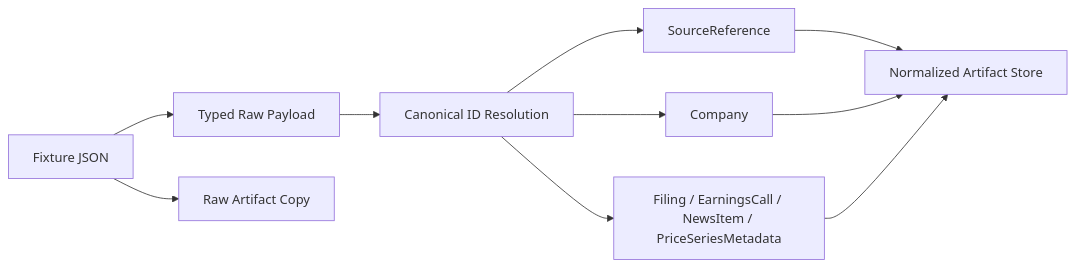
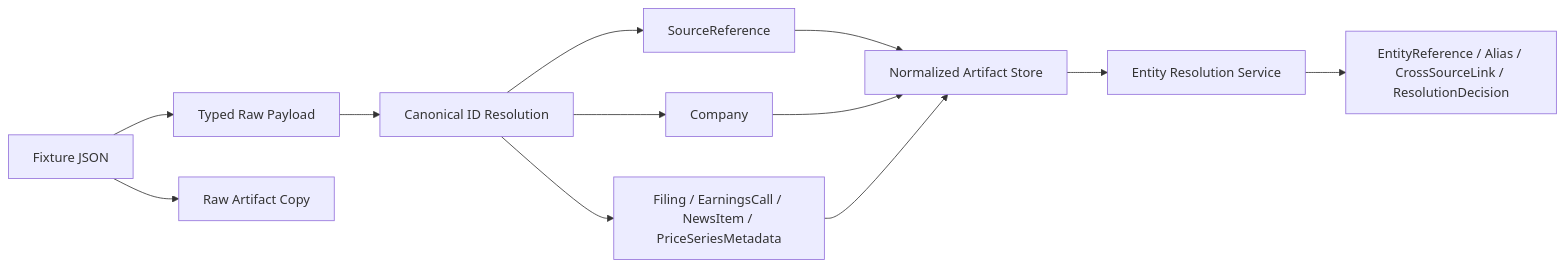
One commit to ZelinZhu-Richard/AI-Native-Hedge-Fund-ch changed the diagram in docs/architecture/ingestion_and_normalization.md. Above: the diagram before and after it, drawn with Mermaid. The commit also changed other lines of this file and 24 other files, not shown here.

````diff
--- a/docs/architecture/ingestion_and_normalization.md
+++ b/docs/architecture/ingestion_and_normalization.md
@@ -38,12 +39,14 @@
 ```mermaid
 flowchart LR
     A[Fixture JSON] --> B[Typed Raw Payload]
     B --> C[Canonical ID Resolution]
     C --> D[SourceReference]
     C --> E[Company]
     C --> F[Filing / EarningsCall / NewsItem / PriceSeriesMetadata]
     A --> G[Raw Artifact Copy]
     D --> H[Normalized Artifact Store]
     E --> H
     F --> H
+    H --> I[Entity Resolution Service]
+    I --> J[EntityReference / Alias / CrossSourceLink / ResolutionDecision]
 ```
````
